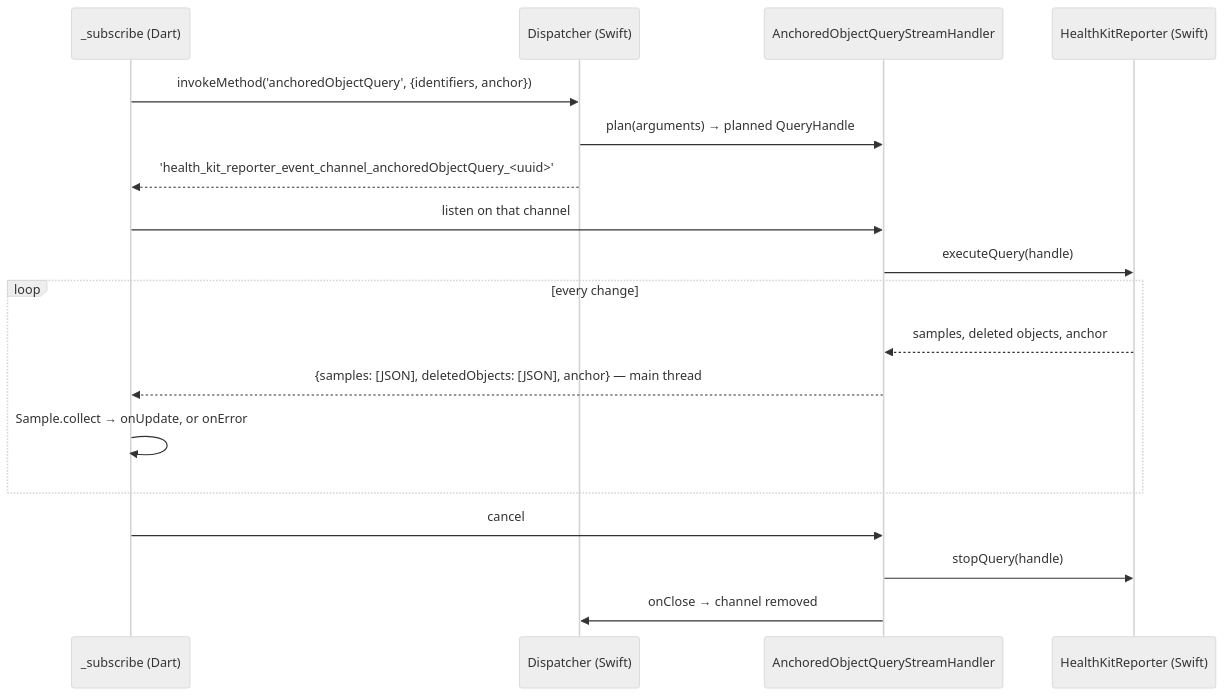
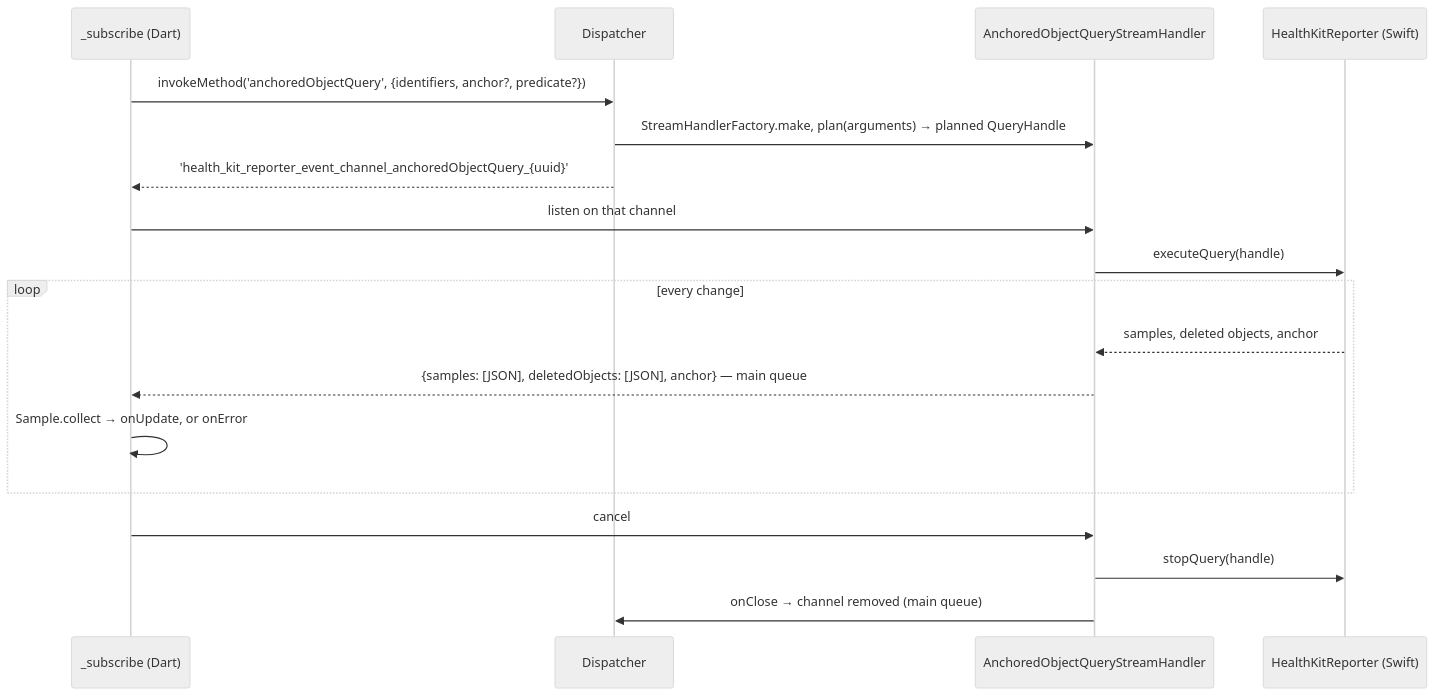
Before and after one commit to kvs-coder/health_kit_reporter: the second of 3 diagrams in doc/arc42/06-runtime-view.md, drawn with Mermaid (neutral theme). The commit also changed other lines of this file and 15 other files, not shown here.

First line of the commit message:
docs(arc42): document the architecture in all twelve chapters

````diff
--- a/doc/arc42/06-runtime-view.md
+++ b/doc/arc42/06-runtime-view.md
@@ -20,20 +23,20 @@
 ```mermaid
 sequenceDiagram
     participant Dart as _subscribe (Dart)
-    participant Disp as Dispatcher (Swift)
+    participant Disp as Dispatcher
     participant Handler as AnchoredObjectQueryStreamHandler
     participant Lib as HealthKitReporter (Swift)
-    Dart->>Disp: invokeMethod('anchoredObjectQuery', {identifiers, anchor})
-    Disp->>Handler: plan(arguments) → planned QueryHandle
-    Disp-->>Dart: 'health_kit_reporter_event_channel_anchoredObjectQuery_<uuid>'
+    Dart->>Disp: invokeMethod('anchoredObjectQuery', {identifiers, anchor?, predicate?})
+    Disp->>Handler: StreamHandlerFactory.make, plan(arguments) → planned QueryHandle
+    Disp-->>Dart: 'health_kit_reporter_event_channel_anchoredObjectQuery_{uuid}'
     Dart->>Handler: listen on that channel
     Handler->>Lib: executeQuery(handle)
     loop every change
         Lib-->>Handler: samples, deleted objects, anchor
-        Handler-->>Dart: {samples: [JSON], deletedObjects: [JSON], anchor} — main thread
+        Handler-->>Dart: {samples: [JSON], deletedObjects: [JSON], anchor} — main queue
         Dart->>Dart: Sample.collect → onUpdate, or onError
     end
     Dart->>Handler: cancel
     Handler->>Lib: stopQuery(handle)
-    Handler->>Disp: onClose → channel removed
+    Handler->>Disp: onClose → channel removed (main queue)
 ```
````
